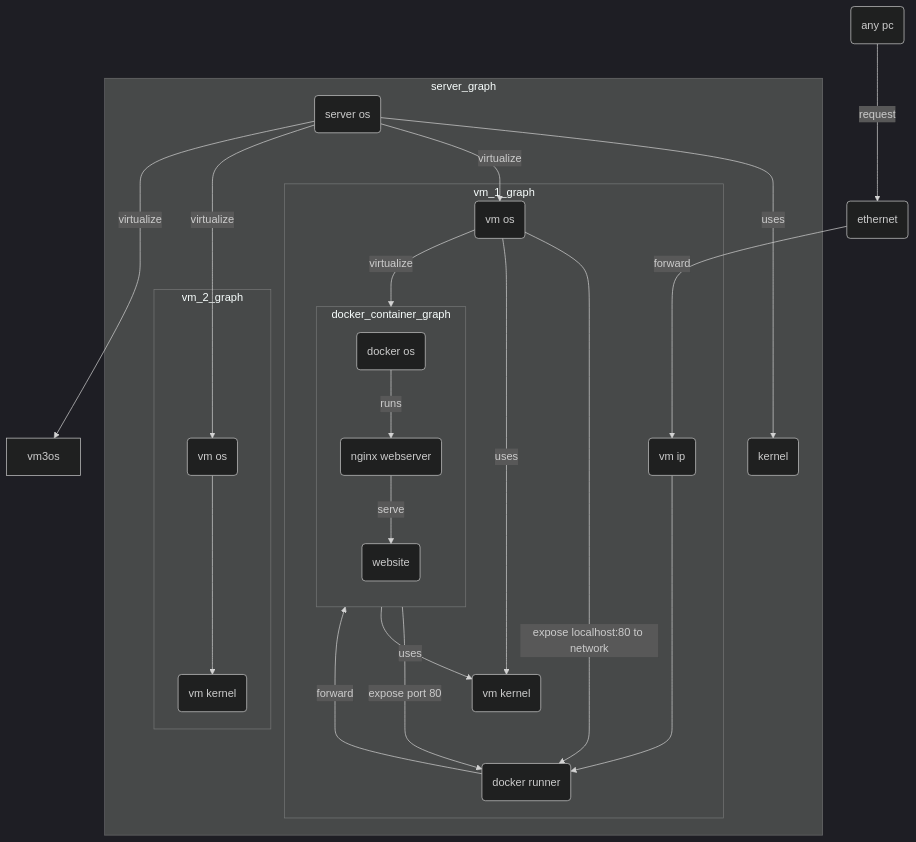
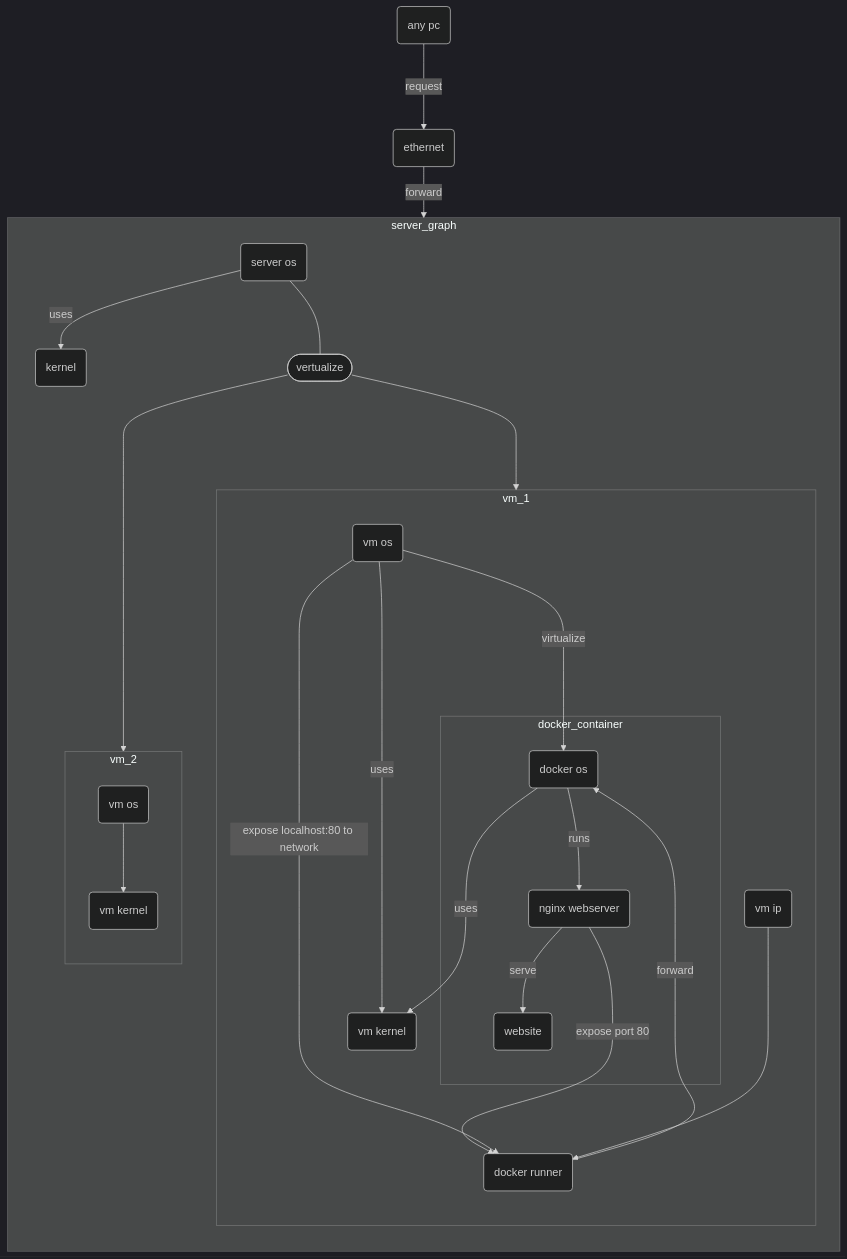
Before and after one commit to gamepro110/docker-test: the diagram in src/containerLayout.md, drawn with Mermaid (dark theme). The commit also changed other lines of this file and 3 other files, not shown here.

````diff
--- a/src/containerLayout.md
+++ b/src/containerLayout.md
@@ -3,58 +3,63 @@
 ```mermaid
-flowchart TD
-    subgraph server_graph
-        servKern(kernel)
-        servOs(server os)
+flowchart TB
+  any(any pc)
+  eth(ethernet)
 
+  subgraph server_graph
+    direction TB
 
-        subgraph vm_1_graph
+    servKern(kernel)
+    servOs(server os)
+    virt([vertualize])
 
-            vm1kernel(vm kernel)
-            vm1os(vm os)
+    subgraph vm_2
+      direction TB
+      vm2kernel(vm kernel)
+      vm2os(vm os)
 
-            subgraph docker_container_graph
-                direction TB
+      vm2os --> vm2kernel 
+    end
+    
+    subgraph vm_1
+      direction TB
 
-                dockOs(docker os)
-                nginx(nginx webserver)
-                site(website)
-            end
-            
-            vmIP(vm ip)
-            dock(docker runner)
+      dock(docker runner)
+      vmIP(vm ip)
+      
+      subgraph docker_container
+        dockOs(docker os)
+        nginx(nginx webserver)
+        site(website)
+      end
 
-            dock -- forward ---> dockOs
-            vm1os -- virtualize --> dockOs
-            dockOs -- runs --> nginx
-        end
-        subgraph vm_2_graph
-            vm2kernel(vm kernel)
-            vm2os(vm os)
+      vm1os(vm os)
+      vm1kernel(vm kernel)
 
-            vm2os --> vm2kernel 
-
-        end
+      vm1os -- virtualize ---> dockOs
+      dock -- forward --> dockOs
+      dockOs -- runs --> nginx
     end
 
-    any(any pc)
-    eth(ethernet)
+  end
 
-    servOs -- uses ---> servKern
+  servOs -- uses --> servKern
 
-    nginx -- expose port 80 --> dock
-    nginx -- serve --> site
+  nginx -- expose port 80 ---> dock
+  nginx -- serve --> site
 
-    vm1os -- expose localhost:80 to network --> dock
-    vmIP ---> dock
+  vm1os -- expose localhost:80 to network --> dock
+  vmIP ---> dock
 
-    eth -- forward --> vmIP
+  eth -- forward --> vmIP
 
-    dockOs -- uses --> vm1kernel
-    vm1os -- uses ---> vm1kernel
+  dockOs -- uses ---> vm1kernel
+  vm1os -- uses --> vm1kernel
 
-    any -- request ---> eth
+  any -- request ---> eth
 
-    servOs -- virtualize --> vm1os
-    servOs -- virtualize ---> vm2os
-    servOs -- virtualize ---> vm3os
+  servOs --- virt
+
+  virt ---> vm_1
+  virt ---> vm_2
+
 ```
````
